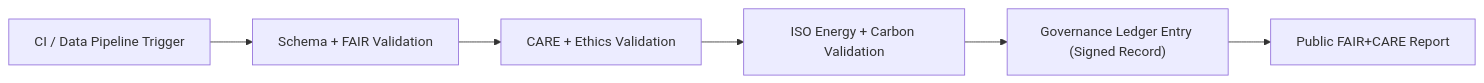
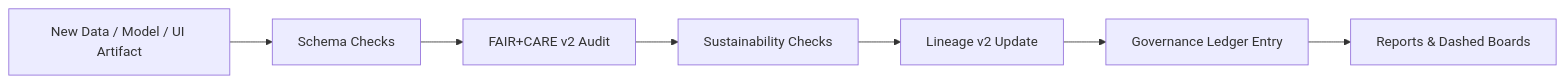
One commit to bartytime4life/Kansas-Frontier-Matrix changed the second of 2 diagrams in docs/guides/workflows/validation-workflows.md. Above: the diagram before and after it, drawn with Mermaid. The commit also changed other lines of this file, not shown here.

Commit message:
Update validation workflows documentation to v10.4.2

````diff
--- a/docs/guides/workflows/validation-workflows.md
+++ b/docs/guides/workflows/validation-workflows.md
@@ -162,8 +213,9 @@
 ```mermaid
 flowchart LR
-A["CI / Data Pipeline Trigger"] --> B["Schema + FAIR Validation"]
-B --> C["CARE + Ethics Validation"]
-C --> D["ISO Energy + Carbon Validation"]
-D --> E["Governance Ledger Entry (Signed Record)"]
-E --> F["Public FAIR+CARE Report"]
+IN["New Data / Model / UI Artifact"] --> S["Schema Checks"]
+S --> FC["FAIR+CARE v2 Audit"]
+FC --> SUS["Sustainability Checks"]
+SUS --> LIN["Lineage v2 Update"]
+LIN --> LED["Governance Ledger Entry"]
+LED --> REP["Reports & Dashed Boards"]
 ```
````
